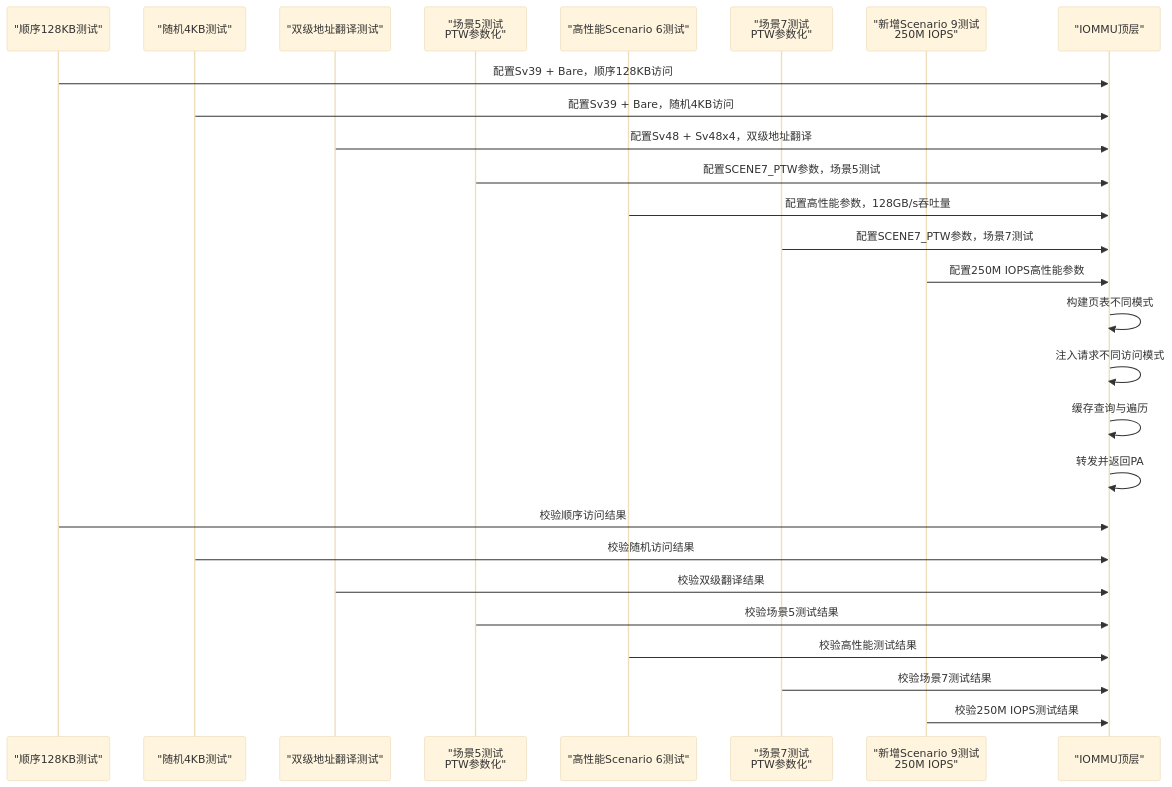
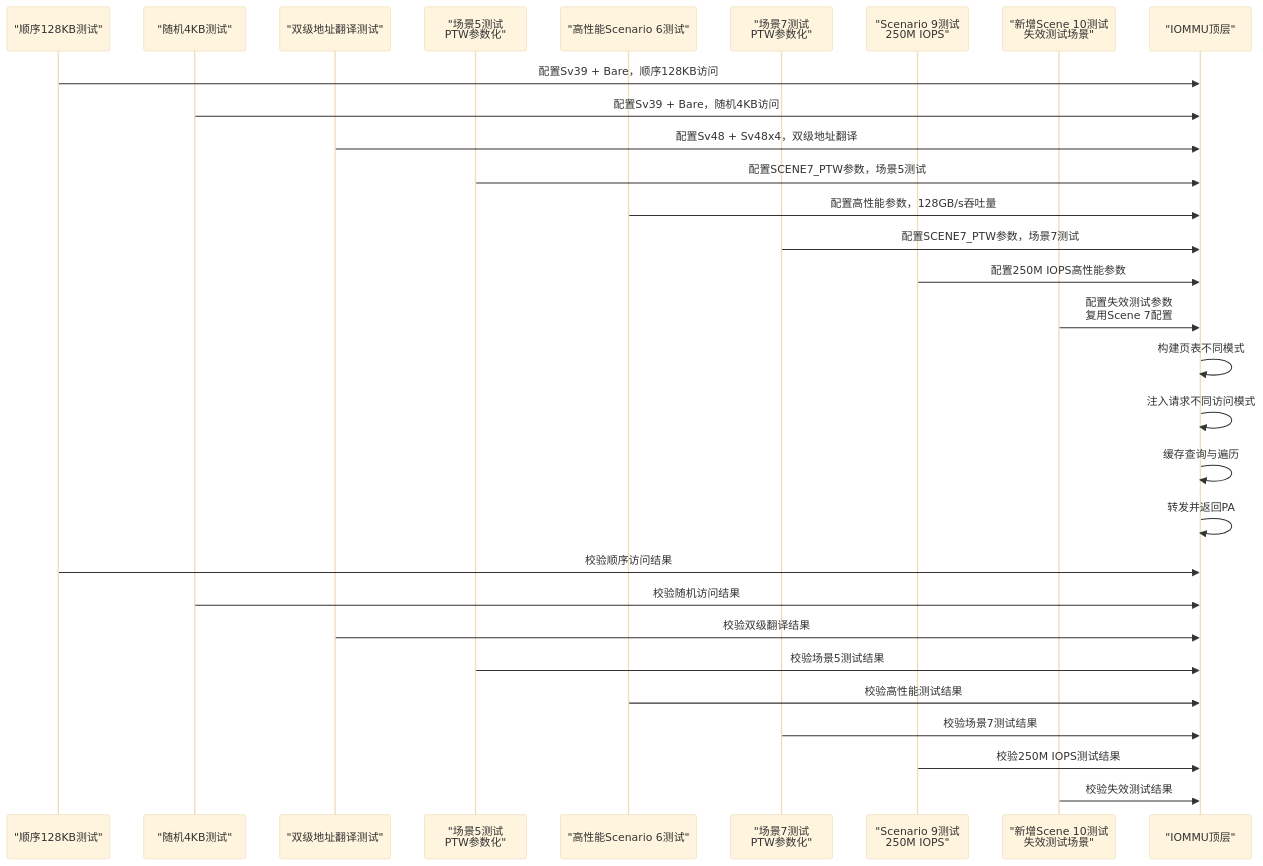
Before and after one commit to jiangjiang1122/iommu_model_20260401_v1: the fifth of 6 diagrams in .qoder/repowiki/zh/content/性能模型/性能基准测试.md, drawn with Mermaid (base theme). The commit also changed other lines of this file and 159 other files, not shown here.

Commit message:
chore: 更新知识库文档 + 新增PTW并发分析图表与数据文件

````diff
--- a/.qoder/repowiki/zh/content/性能模型/性能基准测试.md
+++ b/.qoder/repowiki/zh/content/性能模型/性能基准测试.md
@@ -365,29 +376,32 @@
 ```mermaid
 sequenceDiagram
 participant TEST1 as "顺序128KB测试"
 participant TEST2 as "随机4KB测试"
 participant TEST3 as "双级地址翻译测试"
 participant TEST5 as "场景5测试<br/>PTW参数化"
 participant TEST6 as "高性能Scenario 6测试"
 participant TEST7 as "场景7测试<br/>PTW参数化"
-participant TEST9 as "新增Scenario 9测试<br/>250M IOPS"
+participant TEST9 as "Scenario 9测试<br/>250M IOPS"
+participant TEST10 as "新增Scene 10测试<br/>失效测试场景"
 participant IOMMU as "IOMMU顶层"
 TEST1->>IOMMU : 配置Sv39 + Bare，顺序128KB访问
 TEST2->>IOMMU : 配置Sv39 + Bare，随机4KB访问
 TEST3->>IOMMU : 配置Sv48 + Sv48x4，双级地址翻译
 TEST5->>IOMMU : 配置SCENE7_PTW参数，场景5测试
 TEST6->>IOMMU : 配置高性能参数，128GB/s吞吐量
 TEST7->>IOMMU : 配置SCENE7_PTW参数，场景7测试
 TEST9->>IOMMU : 配置250M IOPS高性能参数
+TEST10->>IOMMU : 配置失效测试参数<br/>复用Scene 7配置
 IOMMU->>IOMMU : 构建页表不同模式
 IOMMU->>IOMMU : 注入请求不同访问模式
 IOMMU->>IOMMU : 缓存查询与遍历
 IOMMU->>IOMMU : 转发并返回PA
 TEST1->>IOMMU : 校验顺序访问结果
 TEST2->>IOMMU : 校验随机访问结果
 TEST3->>IOMMU : 校验双级翻译结果
 TEST5->>IOMMU : 校验场景5测试结果
 TEST6->>IOMMU : 校验高性能测试结果
 TEST7->>IOMMU : 校验场景7测试结果
 TEST9->>IOMMU : 校验250M IOPS测试结果
+TEST10->>IOMMU : 校验失效测试结果
 ```
````
